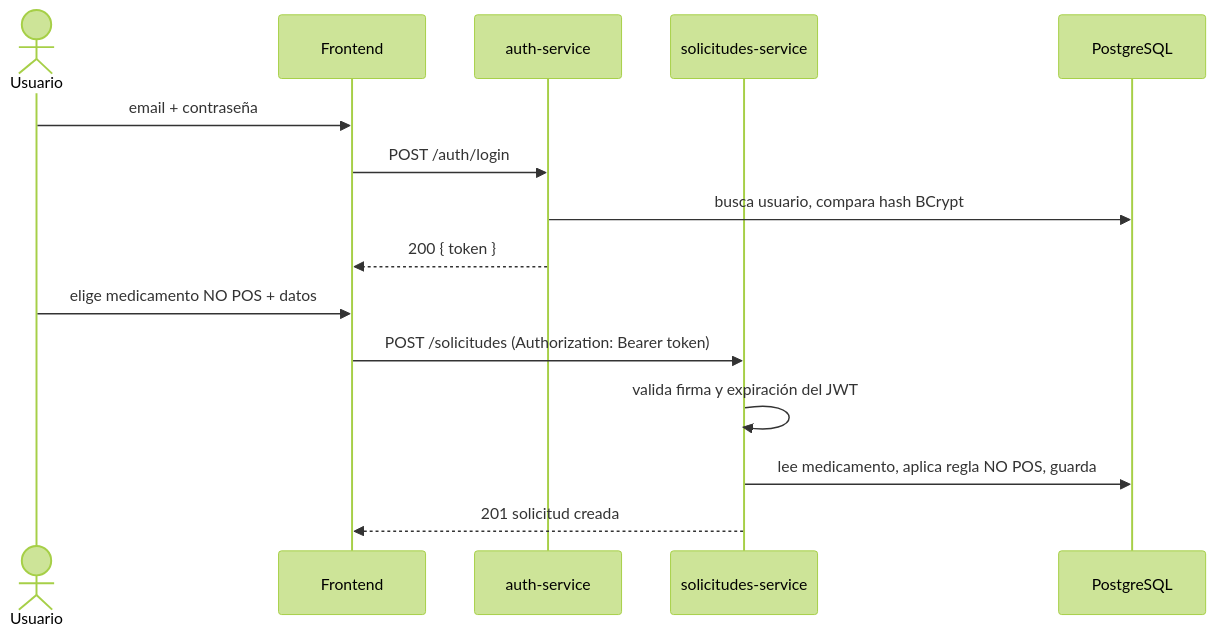
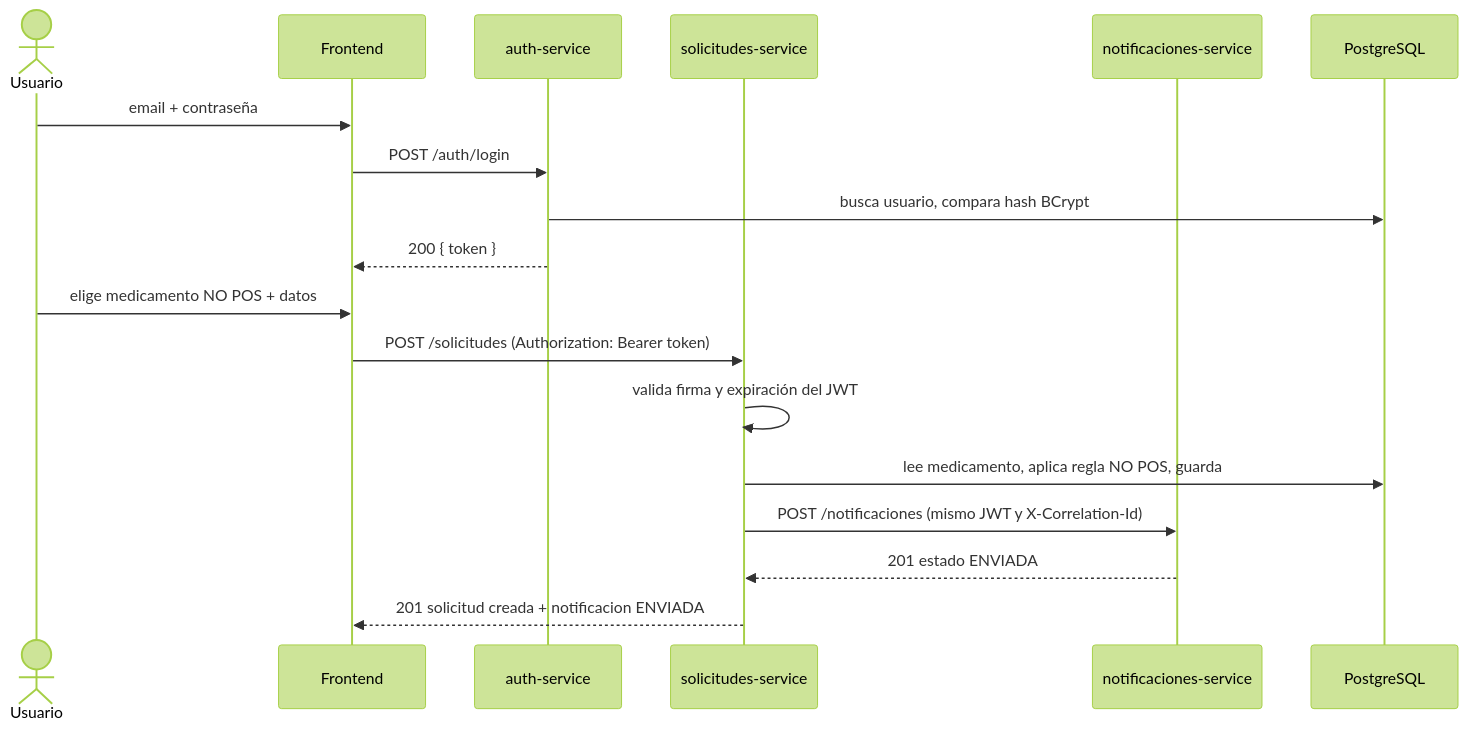
Before and after one commit to JuanCFreelancer/solicitudes-medicamentos: the second of 3 diagrams in README.md, drawn with Mermaid (forest theme). The commit also changed other lines of this file and 2 other files, not shown here.

Commit message:
docs: actualiza modelo E-R, README y Postman con notificaciones y composición

````diff
--- a/README.md
+++ b/README.md
@@ -70,17 +77,20 @@
 ```mermaid
 sequenceDiagram
     actor U as Usuario
     participant FE as Frontend
     participant A as auth-service
     participant S as solicitudes-service
+    participant N as notificaciones-service
     participant DB as PostgreSQL
     U->>FE: email + contraseña
     FE->>A: POST /auth/login
     A->>DB: busca usuario, compara hash BCrypt
     A-->>FE: 200 { token }
     U->>FE: elige medicamento NO POS + datos
     FE->>S: POST /solicitudes (Authorization: Bearer token)
     S->>S: valida firma y expiración del JWT
     S->>DB: lee medicamento, aplica regla NO POS, guarda
-    S-->>FE: 201 solicitud creada
+    S->>N: POST /notificaciones (mismo JWT y X-Correlation-Id)
+    N-->>S: 201 estado ENVIADA
+    S-->>FE: 201 solicitud creada + notificacion ENVIADA
 ```
````
